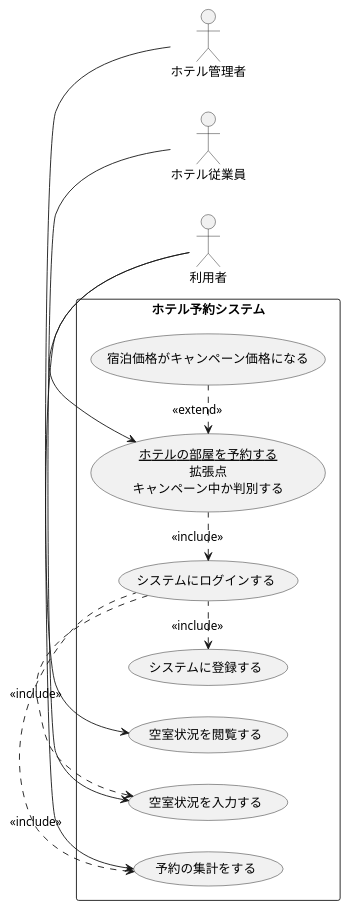
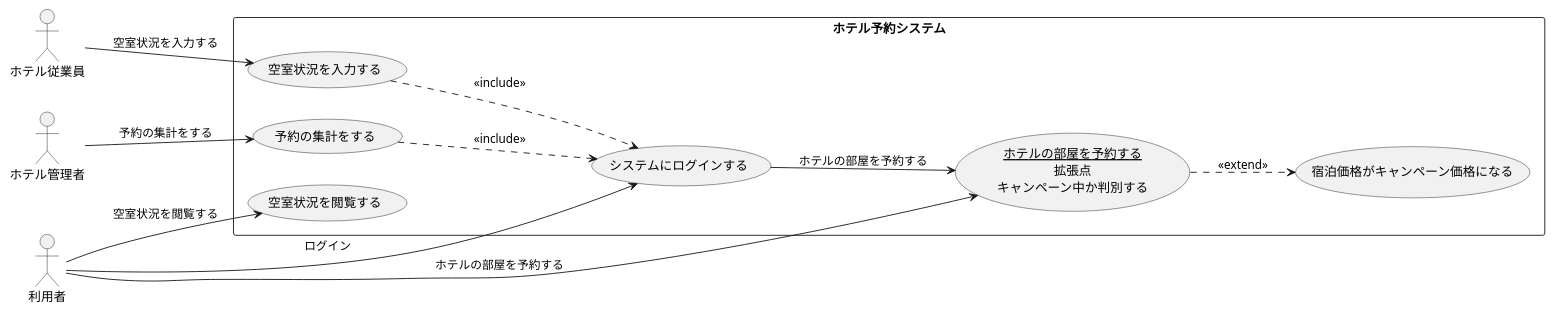
The diagram in 演習2-8_UC_ホテル予約システム.pu (marute0215/uml-introduction), drawn with PlantUML before and after one commit.

Commit message:
課題提出

```diff
--- a/演習2-8_UC_ホテル予約システム.pu
+++ b/演習2-8_UC_ホテル予約システム.pu
@@ -1,24 +1,23 @@
 @startuml ホテル予約システム
 left to right direction
 actor 利用者
 actor ホテル従業員
 actor ホテル管理者
 rectangle ホテル予約システム{
-usecase 空室状況を閲覧する
-usecase 空室状況を入力する
-usecase 予約の集計をする
-usecase システムにログインする
-usecase システムに登録する
-usecase (<u>ホテルの部屋を予約する</u>\n拡張点\nキャンペーン中か判別する) as input
-usecase 宿泊価格がキャンペーン価格になる
+  usecase 空室状況を閲覧する
+  usecase 空室状況を入力する
+  usecase 予約の集計をする
+  usecase システムにログインする
+  usecase (<u>ホテルの部屋を予約する</u>\n拡張点\nキャンペーン中か判別する) as input
+  usecase 宿泊価格がキャンペーン価格になる
 }
-input <. (宿泊価格がキャンペーン価格になる) : <<extend>>
-システムにログインする <. input : << include >>
-input <- 利用者
-システムに登録する <. システムにログインする : <<include>>
-空室状況を閲覧する <- 利用者
-空室状況を入力する <- ホテル従業員
-予約の集計をする <- ホテル管理者
-空室状況を入力する <. システムにログインする : <<include>>
-予約の集計をする <. システムにログインする : <<include>>
+利用者 --> システムにログインする : ログイン
+利用者 --> 空室状況を閲覧する : 空室状況を閲覧する
+ホテル従業員 --> 空室状況を入力する : 空室状況を入力する
+ホテル管理者 --> 予約の集計をする : 予約の集計をする
+利用者 --> input : ホテルの部屋を予約する
+input ..> 宿泊価格がキャンペーン価格になる : <<extend>>
+システムにログインする --> input : ホテルの部屋を予約する
+空室状況を入力する ..> システムにログインする : <<include>>
+予約の集計をする ..> システムにログインする : <<include>>
 @enduml
```
